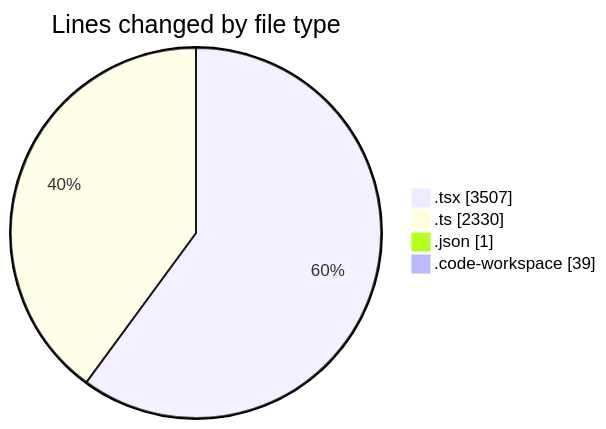
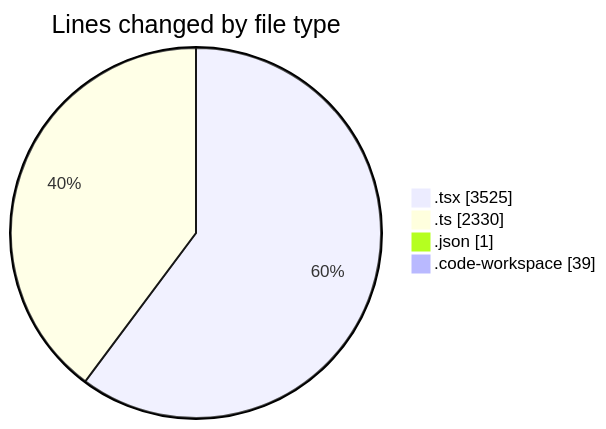
One commit to julien-gomy/code-tracking changed the first of 2 diagrams in 2025-10-08/eventscop-frontend-guide__workspace_/README.md. Above: the diagram before and after it, drawn with Mermaid. The commit also changed other lines of this file and 1 other file, not shown here.

````diff
--- a/2025-10-08/eventscop-frontend-guide__workspace_/README.md
+++ b/2025-10-08/eventscop-frontend-guide__workspace_/README.md
@@ -47,8 +47,8 @@
 ```mermaid
 pie showData
 title Lines changed by file type
-".tsx" : 3507
+".tsx" : 3525
 ".ts" : 2330
 ".json" : 1
 ".code-workspace" : 39
 ```
````
